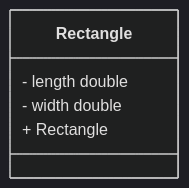
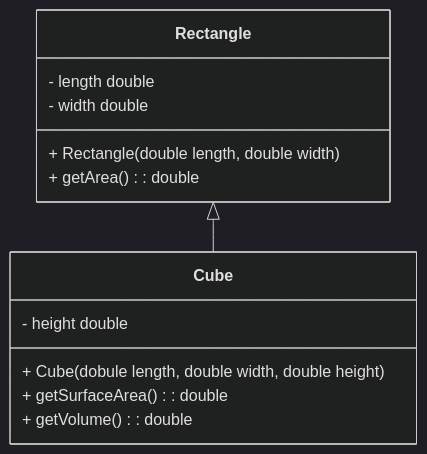
One commit to 0x9ONU/Obsidian-Notes changed the diagram in Programming 2/Week 5/Programming 2 Week 5 - Day 1.md. Above: the diagram before and after it, drawn with Mermaid (dark theme). The commit also changed 2 other files, not shown here.

Commit message:
vault backup: 2023-02-24 12:08:08

````diff
--- a/Programming 2/Week 5/Programming 2 Week 5 - Day 1.md
+++ b/Programming 2/Week 5/Programming 2 Week 5 - Day 1.md
@@ -111,9 +111,19 @@
 ```mermaid 
 classDiagram
+
+Rectangle <|-- Cube
 
 class Rectangle {
 	- length double
 	- width double
-	+ Rectangle
+	+ Rectangle(double length, double width)
+	+ getArea() : double
+}
+
+class Cube {
+	- height double
+	+ Cube(dobule length, double width, double height)
+	+ getSurfaceArea() : double
+	+ getVolume() : double
 }
 ```
````
